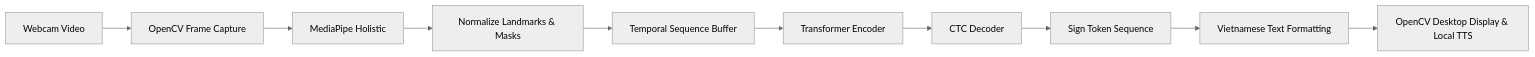
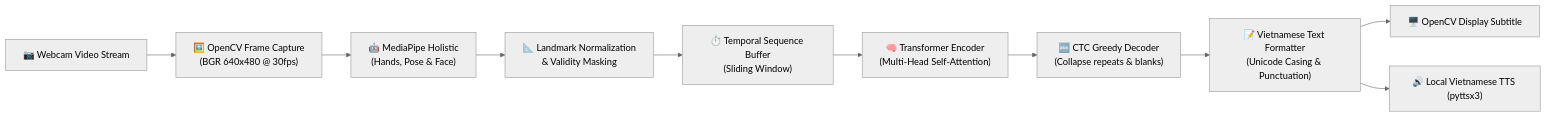
One commit to TaiNguyen567/SIGN-LANGUAGE-DEEPLEARNING-PROJECT changed the diagram in README.md. Above: the diagram before and after it, drawn with Mermaid (neutral theme). The commit also changed other lines of this file, not shown here.

Commit message:
docs: enrich README with comprehensive architecture, benchmarks, and usage guide

````diff
--- a/README.md
+++ b/README.md
@@ -54,12 +67,12 @@
 ```mermaid
 flowchart LR
-  A[Webcam Video] --> B[OpenCV Frame Capture]
-  B --> C[MediaPipe Holistic]
-  C --> D[Normalize Landmarks & Masks]
-  D --> E[Temporal Sequence Buffer]
-  E --> F[Transformer Encoder]
-  F --> G[CTC Decoder]
-  G --> H[Sign Token Sequence]
-  H --> I[Vietnamese Text Formatting]
-  I --> J[OpenCV Desktop Display & Local TTS]
+    A["📷 Webcam Video Stream"] --> B["🖼️ OpenCV Frame Capture\n(BGR 640x480 @ 30fps)"]
+    B --> C["🤖 MediaPipe Holistic\n(Hands, Pose & Face)"]
+    C --> D["📐 Landmark Normalization\n& Validity Masking"]
+    D --> E["⏱️ Temporal Sequence Buffer\n(Sliding Window)"]
+    E --> F["🧠 Transformer Encoder\n(Multi-Head Self-Attention)"]
+    F --> G["🔤 CTC Greedy Decoder\n(Collapse repeats & blanks)"]
+    G --> H["📝 Vietnamese Text Formatter\n(Unicode Casing & Punctuation)"]
+    H --> I["🖥️ OpenCV Display Subtitle"]
+    H --> J["🔊 Local Vietnamese TTS (pyttsx3)"]
 ```
````
